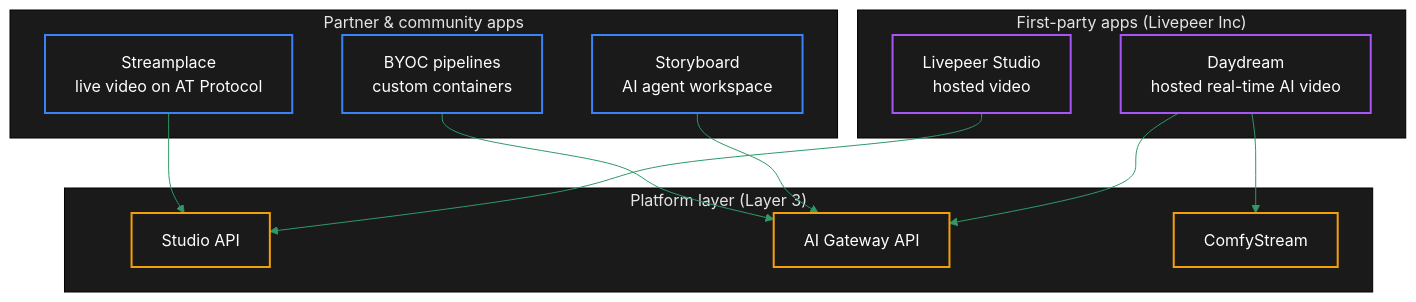
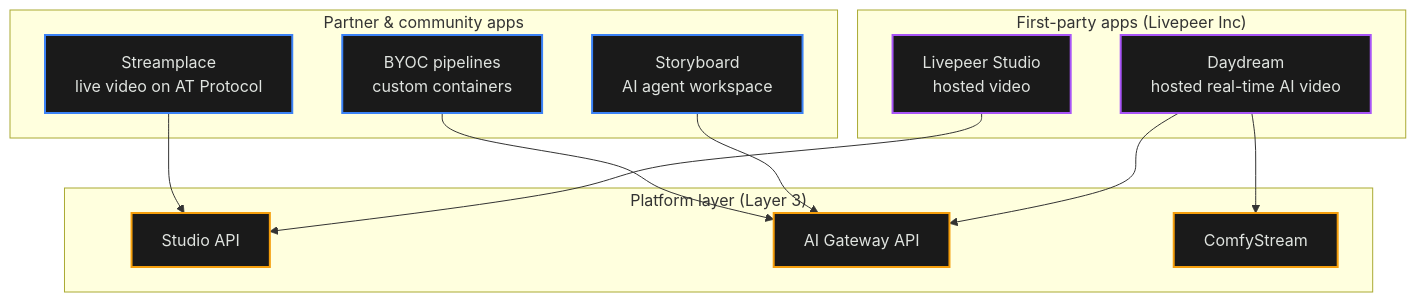
The sixth of 7 diagrams in v2/about/concepts/livepeer-stack.mdx (livepeer/docs), drawn with Mermaid before and after one commit. The commit also changed other lines of this file and 73 other files, not shown here.

````diff
--- a/v2/about/concepts/livepeer-stack.mdx
+++ b/v2/about/concepts/livepeer-stack.mdx
@@ -341,32 +345,32 @@
 ```mermaid
-%%{init: {'theme': 'base', 'themeVariables': { 'primaryColor': '#1a1a1a', 'primaryTextColor': '#fff', 'primaryBorderColor': '#2d9a67', 'lineColor': '#2d9a67', 'secondaryColor': '#0d0d0d', 'tertiaryColor': '#1a1a1a', 'background': '#0d0d0d', 'fontFamily': 'system-ui' }}}%%
+%%{init: {'theme': 'base', 'themeVariables': { 'primaryColor': '#1a1a1a', 'primaryTextColor': '#E0E4E0', 'primaryBorderColor': '#2b9a66', 'lineColor': '#2b9a66', 'secondaryColor': '#0d0d0d', 'tertiaryColor': '#1a1a1a', 'background': '#0d0d0d', 'fontFamily': "Inter, 'Inter Fallback', -apple-system, system-ui" }}}%%
 flowchart TB
-    classDef default fill:#1a1a1a,color:#fff,stroke:#2d9a67,stroke-width:2px
-    classDef firstparty fill:#1a1a1a,color:#fff,stroke:#a855f7,stroke-width:2px
-    classDef partner fill:#1a1a1a,color:#fff,stroke:#3b82f6,stroke-width:2px
-    classDef platform fill:#1a1a1a,color:#fff,stroke:#f59e0b,stroke-width:2px
+    classDef default fill:#1a1a1a,color:#E0E4E0,stroke:#2b9a66,stroke-width:2px
+    classDef firstparty fill:#1a1a1a,color:#E0E4E0,stroke:#a855f7,stroke-width:2px
+    classDef partner fill:#1a1a1a,color:#E0E4E0,stroke:#3b82f6,stroke-width:2px
+    classDef platform fill:#1a1a1a,color:#E0E4E0,stroke:#f59e0b,stroke-width:2px
 
     subgraph FirstParty["First-party apps (Livepeer Inc)"]
         Studio["Livepeer Studio<br/>hosted video"]:::firstparty
         Daydream["Daydream<br/>hosted real-time AI video"]:::firstparty
     end
 
     subgraph Partner["Partner & community apps"]
         Storyboard["Storyboard<br/>AI agent workspace"]:::partner
         Streamplace["Streamplace<br/>live video on AT Protocol"]:::partner
         BYOC["BYOC pipelines<br/>custom containers"]:::partner
     end
 
     subgraph Platforms["Platform layer (Layer 3)"]
         StudioAPI["Studio API"]:::platform
         AIGwAPI["AI Gateway API"]:::platform
         ComfyStream["ComfyStream"]:::platform
     end
 
     Studio --> StudioAPI
     Daydream --> AIGwAPI
     Daydream --> ComfyStream
     Storyboard --> AIGwAPI
     Streamplace --> StudioAPI
     BYOC --> AIGwAPI
 ```
````
